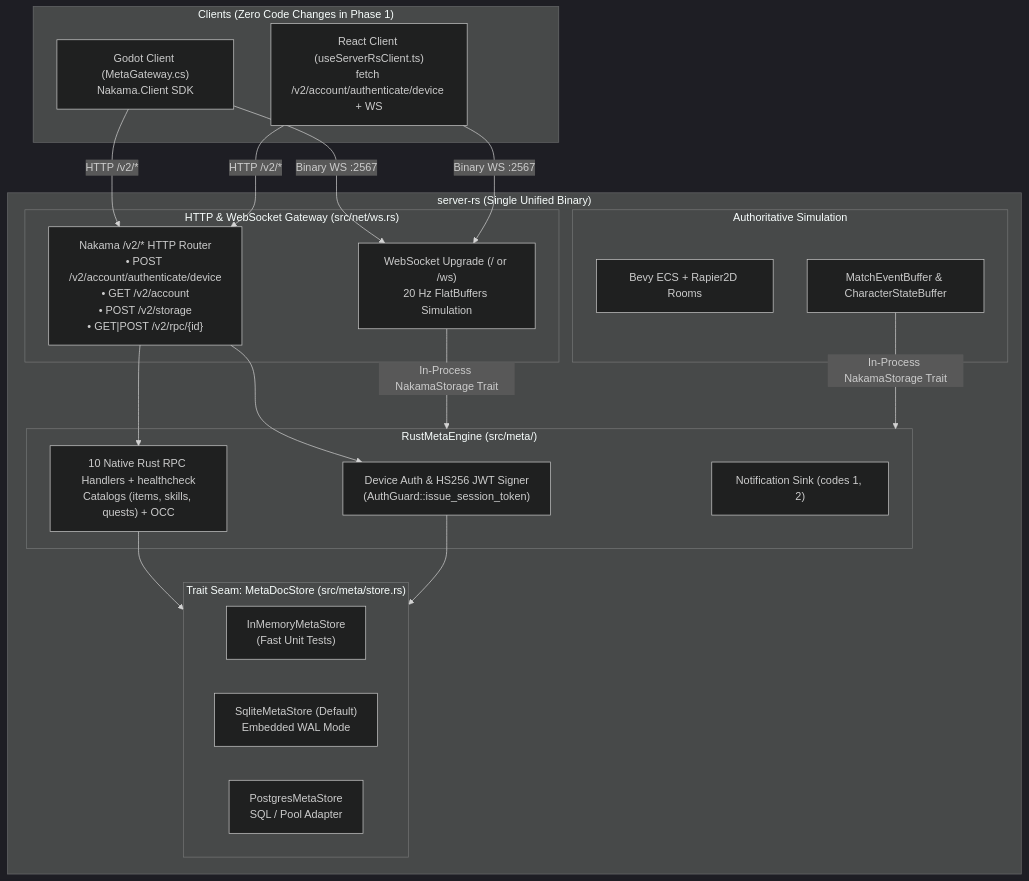
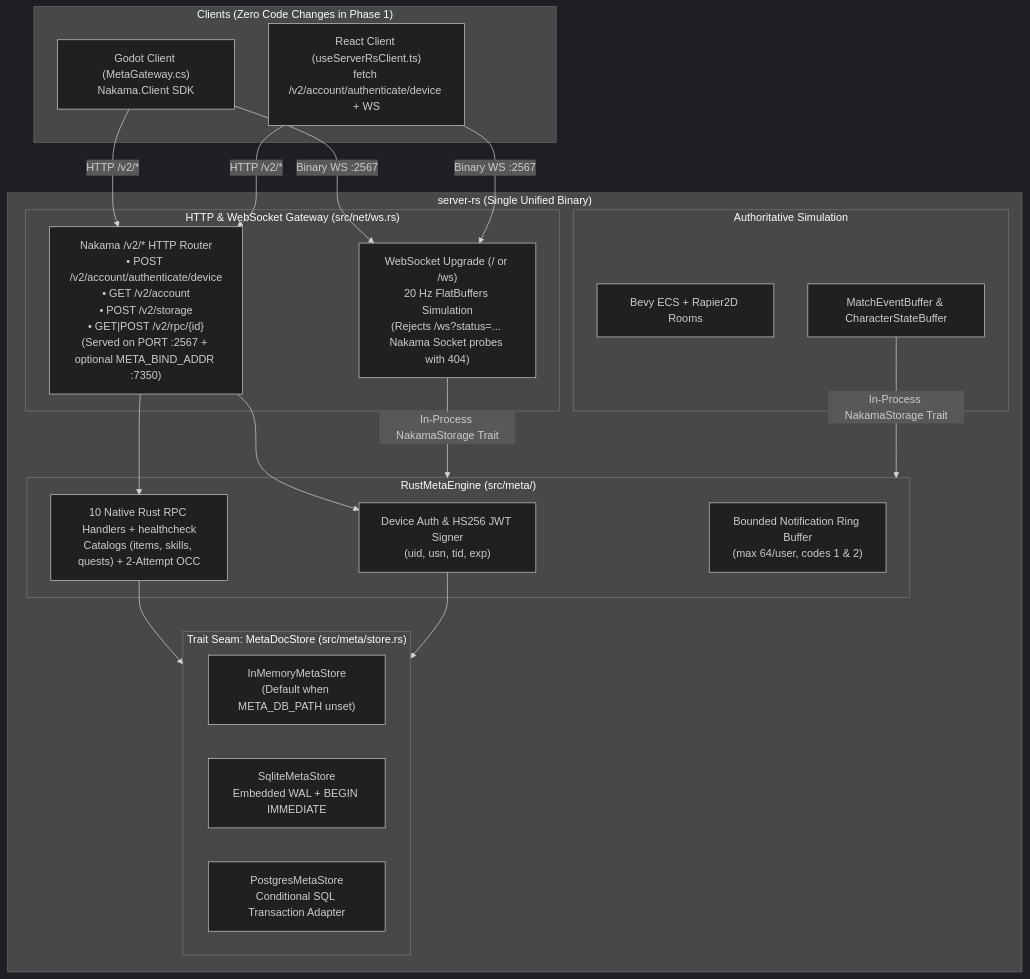
One commit to montionugera/atlas-world-svc changed the diagram in docs/superpowers/specs/2026-10-18-rust-meta-engine-nakama-replacement-design.md. Above: the diagram before and after it, drawn with Mermaid (dark theme). The commit also changed other lines of this file and 1 other file, not shown here.

Commit message:
docs(spec): fold Product, QA, and Tech review lenses into I-198 Rust Meta Engine spec

````diff
--- a/docs/superpowers/specs/2026-10-18-rust-meta-engine-nakama-replacement-design.md
+++ b/docs/superpowers/specs/2026-10-18-rust-meta-engine-nakama-replacement-design.md
@@ -35,43 +35,43 @@
 ```mermaid
 flowchart TB
     subgraph Clients["Clients (Zero Code Changes in Phase 1)"]
         Godot["Godot Client (MetaGateway.cs)<br/>Nakama.Client SDK"]
         React["React Client (useServerRsClient.ts)<br/>fetch /v2/account/authenticate/device + WS"]
     end
 
     subgraph ServerRs["server-rs (Single Unified Binary)"]
         subgraph NetGateway["HTTP & WebSocket Gateway (src/net/ws.rs)"]
-            WS["WebSocket Upgrade (/ or /ws)<br/>20 Hz FlatBuffers Simulation"]
-            V2["Nakama /v2/* HTTP Router<br/>• POST /v2/account/authenticate/device<br/>• GET /v2/account<br/>• POST /v2/storage<br/>• GET|POST /v2/rpc/{id}"]
+            WS["WebSocket Upgrade (/ or /ws)<br/>20 Hz FlatBuffers Simulation<br/>(Rejects /ws?status=... Nakama Socket probes with 404)"]
+            V2["Nakama /v2/* HTTP Router<br/>• POST /v2/account/authenticate/device<br/>• GET /v2/account<br/>• POST /v2/storage<br/>• GET|POST /v2/rpc/{id}<br/>(Served on PORT :2567 + optional META_BIND_ADDR :7350)"]
         end
 
         subgraph SimLoop["Authoritative Simulation"]
             ECS["Bevy ECS + Rapier2D Rooms"]
             Buffers["MatchEventBuffer & CharacterStateBuffer"]
         end
 
         subgraph MetaEngine["RustMetaEngine (src/meta/)"]
-            Auth["Device Auth & HS256 JWT Signer<br/>(AuthGuard::issue_session_token)"]
-            RPCs["10 Native Rust RPC Handlers + healthcheck<br/>Catalogs (items, skills, quests) + OCC"]
-            Notif["Notification Sink (codes 1, 2)"]
+            Auth["Device Auth & HS256 JWT Signer<br/>(uid, usn, tid, exp)"]
+            RPCs["10 Native Rust RPC Handlers + healthcheck<br/>Catalogs (items, skills, quests) + 2-Attempt OCC"]
+            Notif["Bounded Notification Ring Buffer<br/>(max 64/user, codes 1 & 2)"]
         end
 
         subgraph StorageTrait["Trait Seam: MetaDocStore (src/meta/store.rs)"]
-            Mem["InMemoryMetaStore<br/>(Fast Unit Tests)"]
-            Sqlite["SqliteMetaStore (Default)<br/>Embedded WAL Mode"]
-            Pg["PostgresMetaStore<br/>SQL / Pool Adapter"]
+            Mem["InMemoryMetaStore<br/>(Default when META_DB_PATH unset)"]
+            Sqlite["SqliteMetaStore<br/>Embedded WAL + BEGIN IMMEDIATE"]
+            Pg["PostgresMetaStore<br/>Conditional SQL Transaction Adapter"]
         end
     end
 
     Godot -->|HTTP /v2/*| V2
     Godot -->|Binary WS :2567| WS
     React -->|HTTP /v2/*| V2
     React -->|Binary WS :2567| WS
 
     V2 --> Auth
     V2 --> RPCs
     WS -->|In-Process NakamaStorage Trait| MetaEngine
     Buffers -->|In-Process NakamaStorage Trait| MetaEngine
     RPCs --> StorageTrait
     Auth --> StorageTrait
 ```
````
